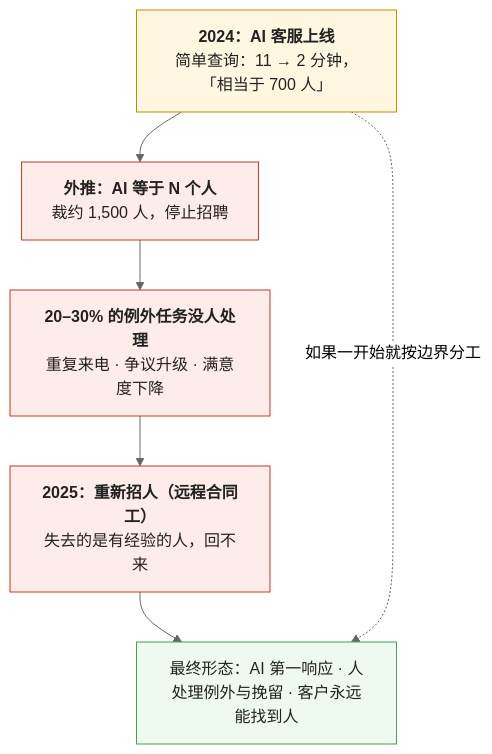
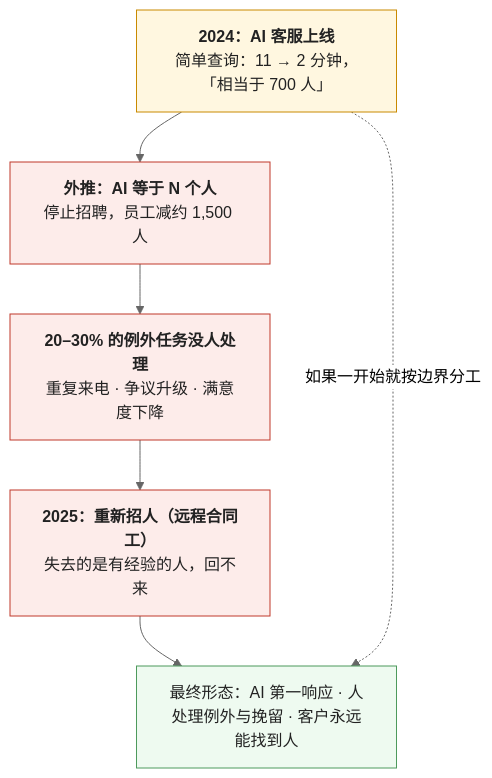
Before and after one commit to arganzheng/arganzheng.github.com: the fourth of 5 diagrams in _posts/2026-11-16-choosing-ai-scenarios-the-jagged-frontier-and-the-demo-to-product-gap.md, drawn with Mermaid (neutral theme). The commit also changed other lines of this file and 4 other files, not shown here.

````diff
--- a/_posts/2026-11-16-choosing-ai-scenarios-the-jagged-frontier-and-the-demo-to-product-gap.md
+++ b/_posts/2026-11-16-choosing-ai-scenarios-the-jagged-frontier-and-the-demo-to-product-gap.md
@@ -145,15 +145,15 @@
 ```mermaid
-%% 图：Klarna 的两年——2024 年 AI 客服在简单查询上做到「700 人的工作」、处理时间 11 → 2 分钟；把这个数字外推到全部客服裁 1,500 人；20–30% 的例外任务处理不了：重复来电、争议升级、满意度下降；2025 年重新招人（远程合同工）；最终形态「AI 第一响应、人处理例外、客户永远能找到人」本可以是起点
+%% 图：Klarna 的两年——2024 年 AI 客服在简单查询上做到「700 人的工作」、处理时间 11 → 2 分钟；把这个数字外推到全部客服、员工减约 1,500 人；20–30% 的例外任务处理不了：重复来电、争议升级、满意度下降；2025 年重新招人（远程合同工）；最终形态「AI 第一响应、人处理例外、客户永远能找到人」本可以是起点
 flowchart TB
-    A["<b>2024：AI 客服上线</b><br/>简单查询：11 → 2 分钟，「相当于 700 人」"] --> B["<b>外推：AI 等于 N 个人</b><br/>裁约 1,500 人，停止招聘"]
+    A["<b>2024：AI 客服上线</b><br/>简单查询：11 → 2 分钟，「相当于 700 人」"] --> B["<b>外推：AI 等于 N 个人</b><br/>停止招聘，员工减约 1,500 人"]
     B --> C["<b>20–30% 的例外任务没人处理</b><br/>重复来电 · 争议升级 · 满意度下降"]
     C --> D["<b>2025：重新招人（远程合同工）</b><br/>失去的是有经验的人，回不来"]
     D --> E["最终形态：AI 第一响应 · 人处理例外与挽留 · 客户永远能找到人"]
     A -.->|"如果一开始就按边界分工"| E
     classDef n fill:#fff7e0,stroke:#c98a00,color:#222
     classDef bad fill:#fdecea,stroke:#c0392b,color:#222
     classDef ok fill:#eefaf0,stroke:#4d9a5c,color:#222
     class A n
     class B,C,D bad
     class E ok
 ```
````
